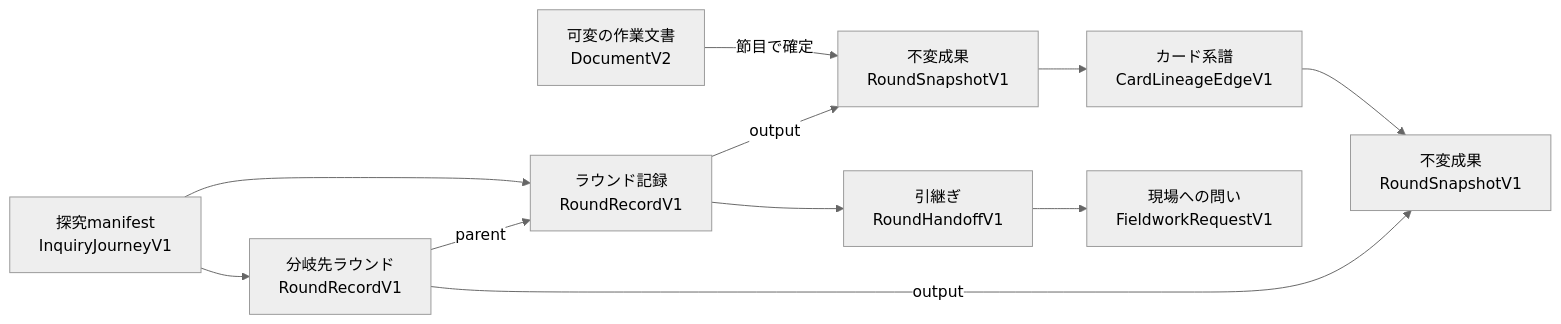
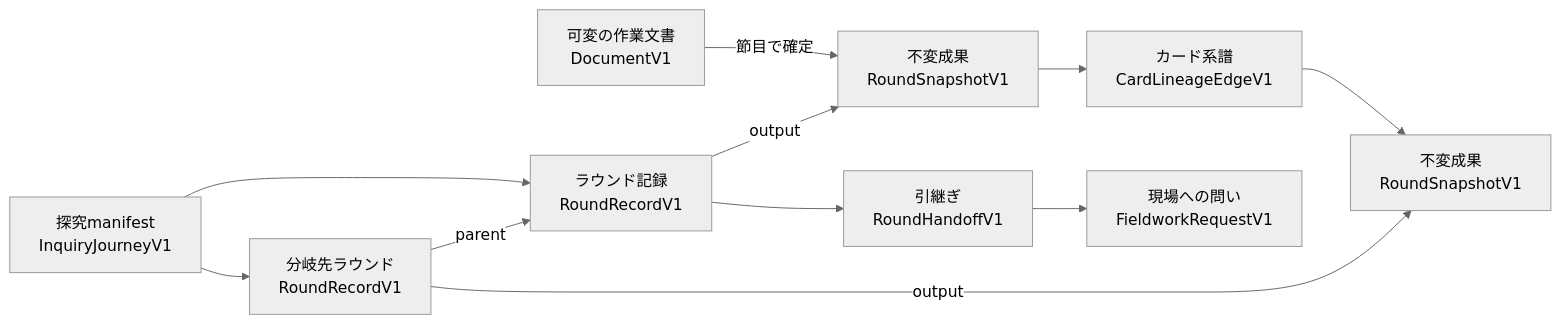
Before and after one commit to hat47x/kj-atlas: the diagram in 02_Architecture/inquiry_journey_model.md, drawn with Mermaid (neutral theme). The commit also changed other lines of this file and 17 other files, not shown here.

````diff
--- a/02_Architecture/inquiry_journey_model.md
+++ b/02_Architecture/inquiry_journey_model.md
@@ -36,23 +36,23 @@
 ```mermaid
 flowchart LR
-    D["可変の作業文書\nDocumentV2"]
+    D["可変の作業文書\nDocumentV1"]
     J["探究manifest\nInquiryJourneyV1"]
     R1["ラウンド記録\nRoundRecordV1"]
     R2["分岐先ラウンド\nRoundRecordV1"]
     S1["不変成果\nRoundSnapshotV1"]
     S2["不変成果\nRoundSnapshotV1"]
     H["引継ぎ\nRoundHandoffV1"]
     F["現場への問い\nFieldworkRequestV1"]
     L["カード系譜\nCardLineageEdgeV1"]
 
     D -->|"節目で確定"| S1
     J --> R1
     J --> R2
     R1 -->|"output"| S1
     R2 -->|"parent"| R1
     R2 -->|"output"| S2
     R1 --> H
     H --> F
     S1 --> L
     L --> S2
 ```
````
